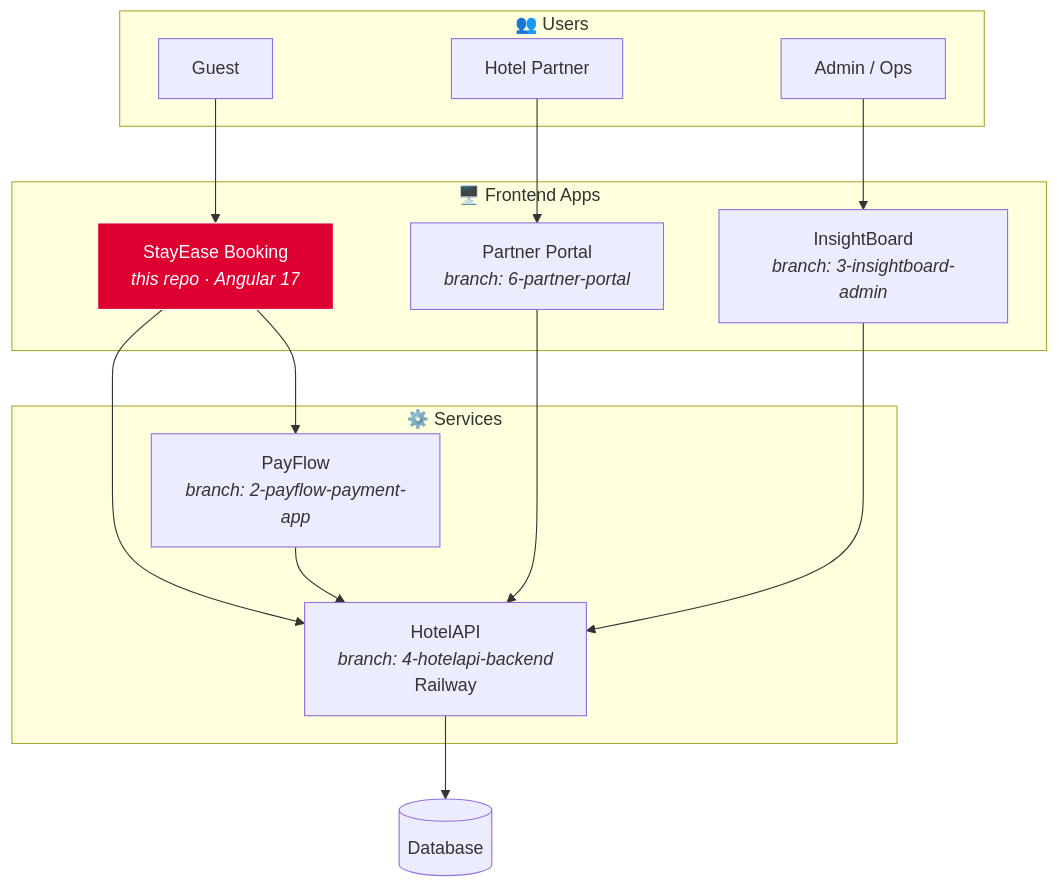
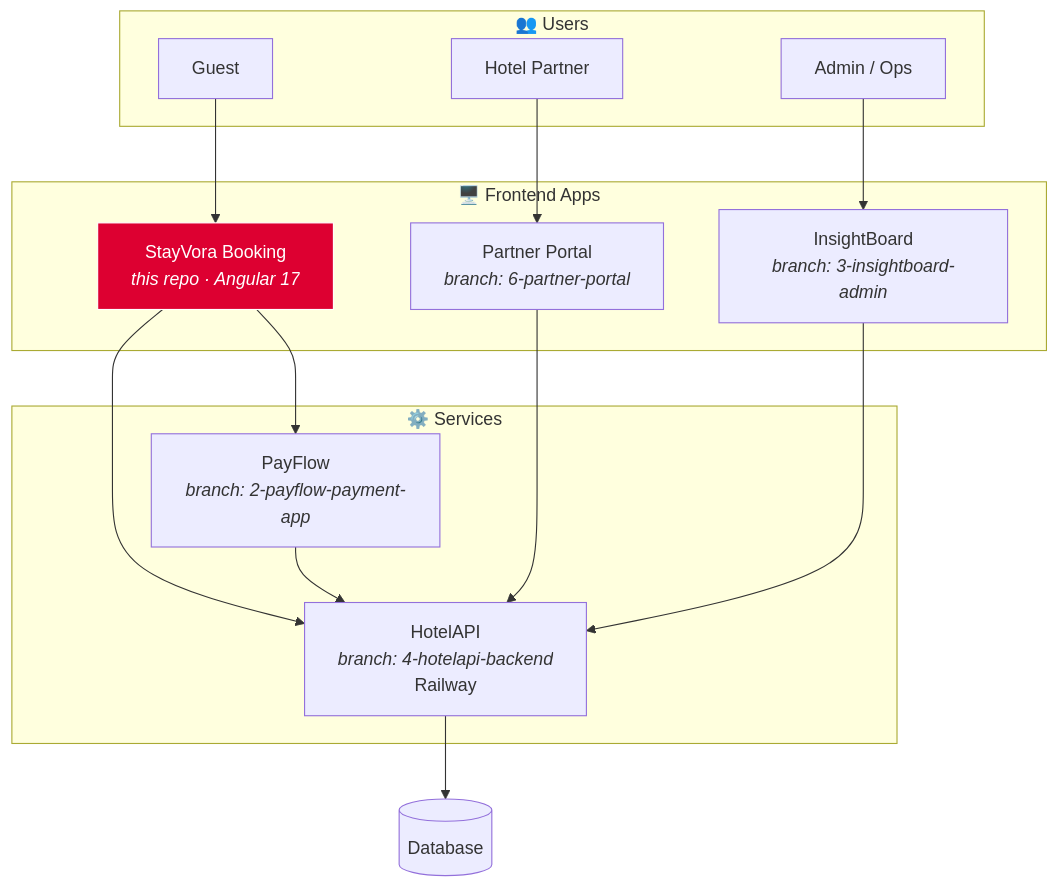
One commit to athitthiyan/StayVora changed the diagram in README.md. Above: the diagram before and after it, drawn with Mermaid. The commit also changed other lines of this file, not shown here.

First line of the commit message:
Rename project from StayEase to StayVora

````diff
--- a/README.md
+++ b/README.md
@@ -53,35 +53,35 @@
 ```mermaid
 graph TB
     subgraph Users["👥 Users"]
         Guest[Guest]
         Partner[Hotel Partner]
         Admin[Admin / Ops]
     end
 
     subgraph Frontends["🖥️ Frontend Apps"]
-        Booking["StayEase Booking<br/><i>this repo · Angular 17</i>"]
+        Booking["StayVora Booking<br/><i>this repo · Angular 17</i>"]
         PartnerPortal["Partner Portal<br/><i>branch: 6-partner-portal</i>"]
         InsightBoard["InsightBoard<br/><i>branch: 3-insightboard-admin</i>"]
     end
 
     subgraph Services["⚙️ Services"]
         API["HotelAPI<br/><i>branch: 4-hotelapi-backend</i><br/>Railway"]
         PayFlow["PayFlow<br/><i>branch: 2-payflow-payment-app</i>"]
     end
 
     DB[("Database")]
 
     Guest --> Booking
     Partner --> PartnerPortal
     Admin --> InsightBoard
 
     Booking --> API
     Booking --> PayFlow
     PartnerPortal --> API
     InsightBoard --> API
     PayFlow --> API
     API --> DB
 
     classDef thisRepo fill:#DD0031,stroke:#fff,color:#fff
     class Booking thisRepo
 ```
````
